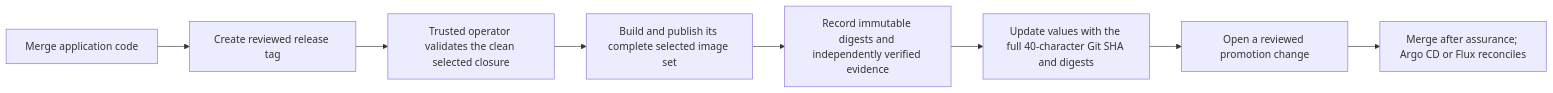
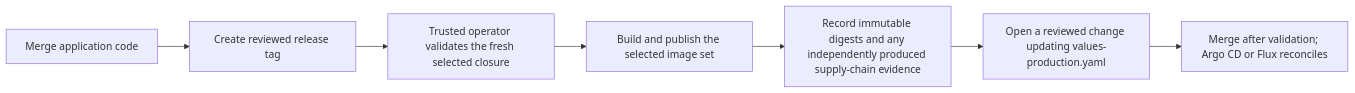
Before and after one commit to nmime/dehqonhub: the diagram in GITOPS.md, drawn with Mermaid. The commit also changed other lines of this file and 18 other files, not shown here.

````diff
--- a/GITOPS.md
+++ b/GITOPS.md
@@ -32,10 +32,9 @@
 ```mermaid
 flowchart LR
   merge[Merge application code] --> tag[Create reviewed release tag]
-  tag --> plan[Trusted operator validates the clean selected closure]
-  plan --> images[Build and publish its complete selected image set]
-  images --> verify[Record immutable digests and independently verified evidence]
-  verify --> promote[Update values with the full 40-character Git SHA and digests]
-  promote --> pr[Open a reviewed promotion change]
-  pr --> reconcile[Merge after assurance; Argo CD or Flux reconciles]
+  tag --> plan[Trusted operator validates the fresh selected closure]
+  plan --> images[Build and publish the selected image set]
+  images --> verify[Record immutable digests and any independently produced supply-chain evidence]
+  verify --> pr[Open a reviewed change updating values-production.yaml]
+  pr --> reconcile[Merge after validation; Argo CD or Flux reconciles]
 ```
````
